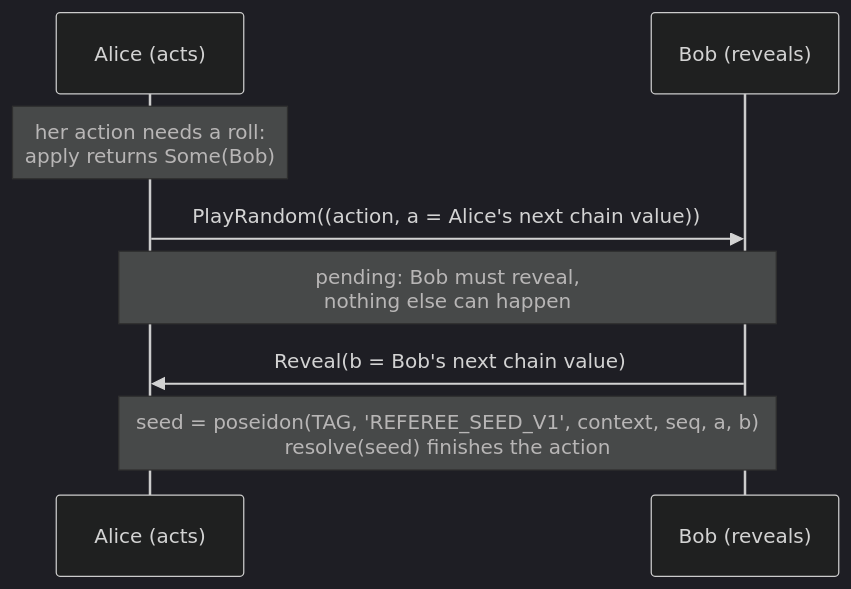
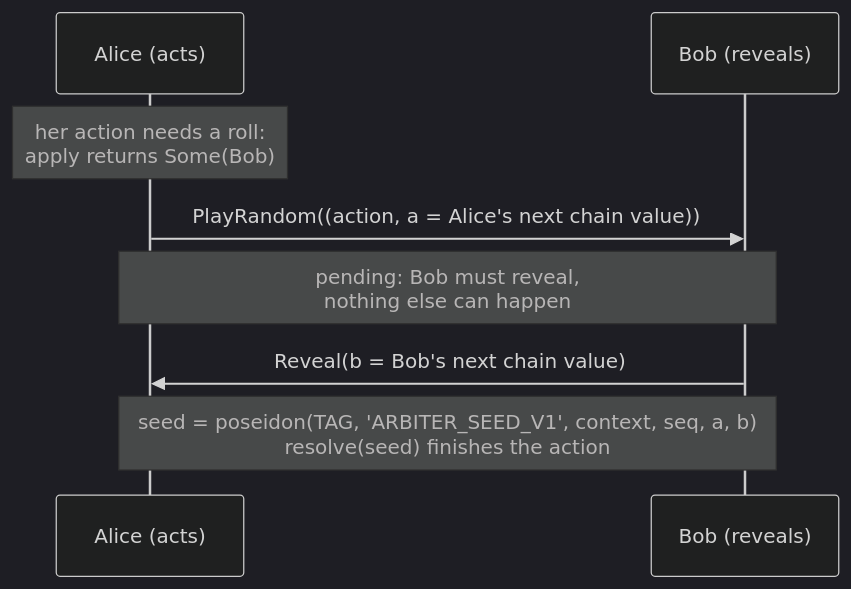
One commit to broody/arbiter changed the first of 2 diagrams in docs/src/pages/concepts/randomness.mdx. Above: the diagram before and after it, drawn with Mermaid (dark theme). The commit also changed other lines of this file and 33 other files, not shown here.

First line of the commit message:
docs: rename the library to arbiter; referee is the role

````diff
--- a/docs/src/pages/concepts/randomness.mdx
+++ b/docs/src/pages/concepts/randomness.mdx
@@ -36,10 +36,10 @@
 ```mermaid
 sequenceDiagram
   participant A as Alice (acts)
   participant B as Bob (reveals)
   Note over A: her action needs a roll:<br/>apply returns Some(Bob)
   A->>B: PlayRandom((action, a = Alice's next chain value))
   Note over A,B: pending: Bob must reveal,<br/>nothing else can happen
   B->>A: Reveal(b = Bob's next chain value)
-  Note over A,B: seed = poseidon(TAG, 'REFEREE_SEED_V1', context, seq, a, b)<br/>resolve(seed) finishes the action
+  Note over A,B: seed = poseidon(TAG, 'ARBITER_SEED_V1', context, seq, a, b)<br/>resolve(seed) finishes the action
 ```
````
